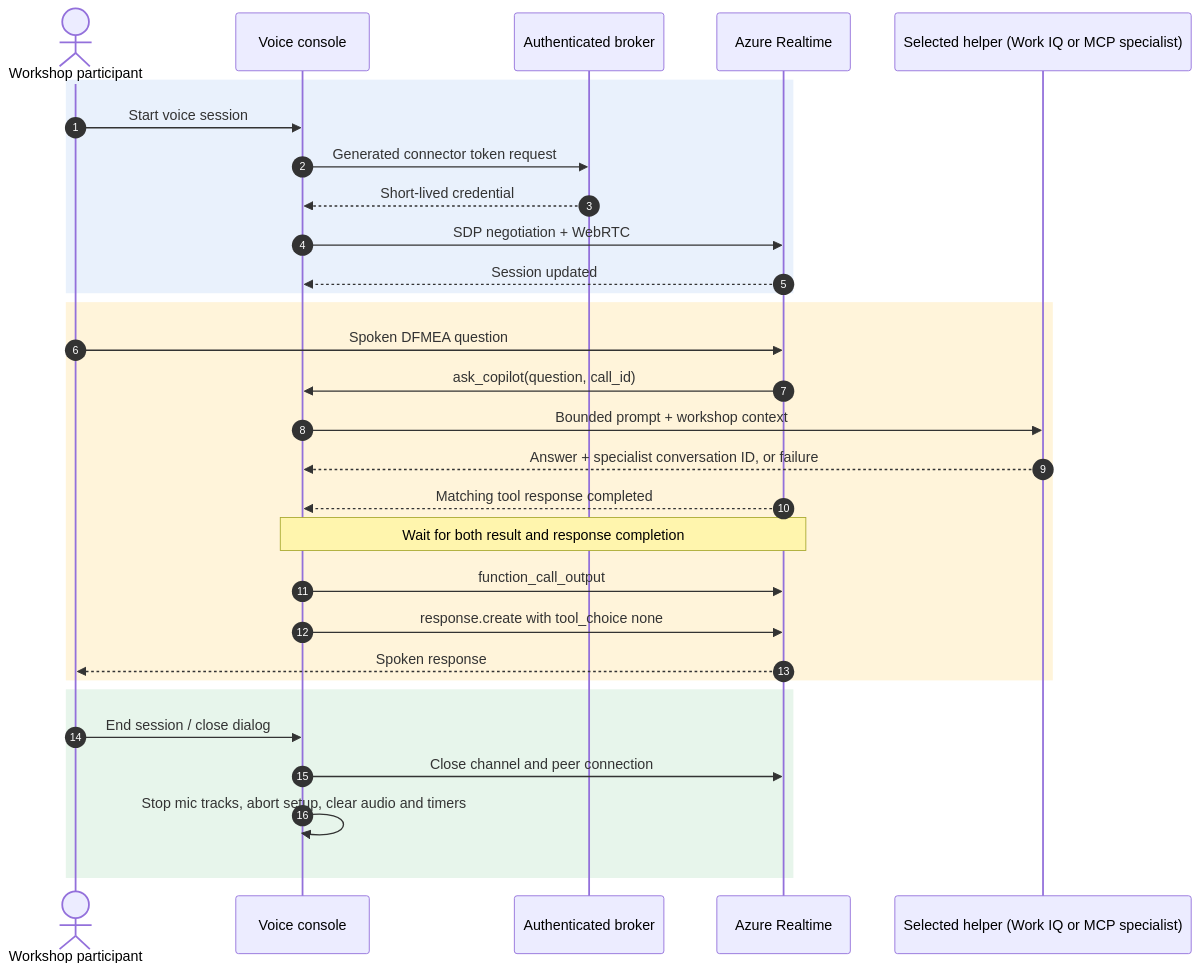
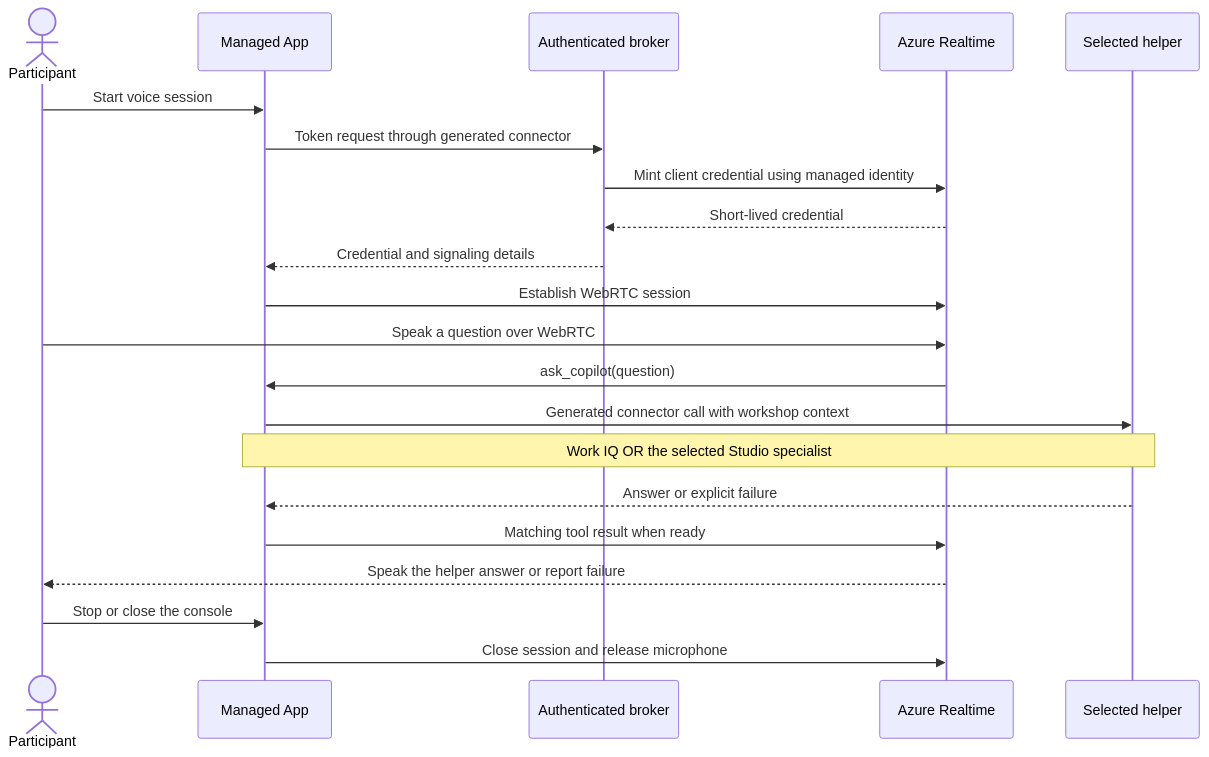
One commit to Roelzz/code_app_voice changed the second of 2 diagrams in README.md. Above: the diagram before and after it, drawn with Mermaid. The commit also changed other lines of this file and 3 other files, not shown here.

````diff
--- a/README.md
+++ b/README.md
@@ -190,32 +57,23 @@
 ```mermaid
 sequenceDiagram
-    autonumber
-    actor User as Workshop participant
-    participant UI as Voice console
+    actor User as Participant
+    participant App as Managed App
     participant Broker as Authenticated broker
     participant RT as Azure Realtime
-    participant IQ as Selected helper (Work IQ or MCP specialist)
-    rect rgb(233, 241, 252)
-        User->>UI: Start voice session
-        UI->>Broker: Generated connector token request
-        Broker-->>UI: Short-lived credential
-        UI->>RT: SDP negotiation + WebRTC
-        RT-->>UI: Session updated
-    end
-    rect rgb(255, 244, 218)
-        User->>RT: Spoken DFMEA question
-        RT->>UI: ask_copilot(question, call_id)
-        UI->>IQ: Bounded prompt + workshop context
-        IQ-->>UI: Answer + specialist conversation ID, or failure
-        RT-->>UI: Matching tool response completed
-        Note over UI,RT: Wait for both result and response completion
-        UI->>RT: function_call_output
-        UI->>RT: response.create with tool_choice none
-        RT-->>User: Spoken response
-    end
-    rect rgb(231, 245, 235)
-        User->>UI: End session / close dialog
-        UI->>RT: Close channel and peer connection
-        UI->>UI: Stop mic tracks, abort setup, clear audio and timers
-    end
+    participant Helper as Selected helper
+    User->>App: Start voice session
+    App->>Broker: Token request through generated connector
+    Broker->>RT: Mint client credential using managed identity
+    RT-->>Broker: Short-lived credential
+    Broker-->>App: Credential and signaling details
+    App->>RT: Establish WebRTC session
+    User->>RT: Speak a question over WebRTC
+    RT->>App: ask_copilot(question)
+    App->>Helper: Generated connector call with workshop context
+    Note over App,Helper: Work IQ OR the selected Studio specialist
+    Helper-->>App: Answer or explicit failure
+    App->>RT: Matching tool result when ready
+    RT-->>User: Speak the helper answer or report failure
+    User->>App: Stop or close the console
+    App->>RT: Close session and release microphone
 ```
````
